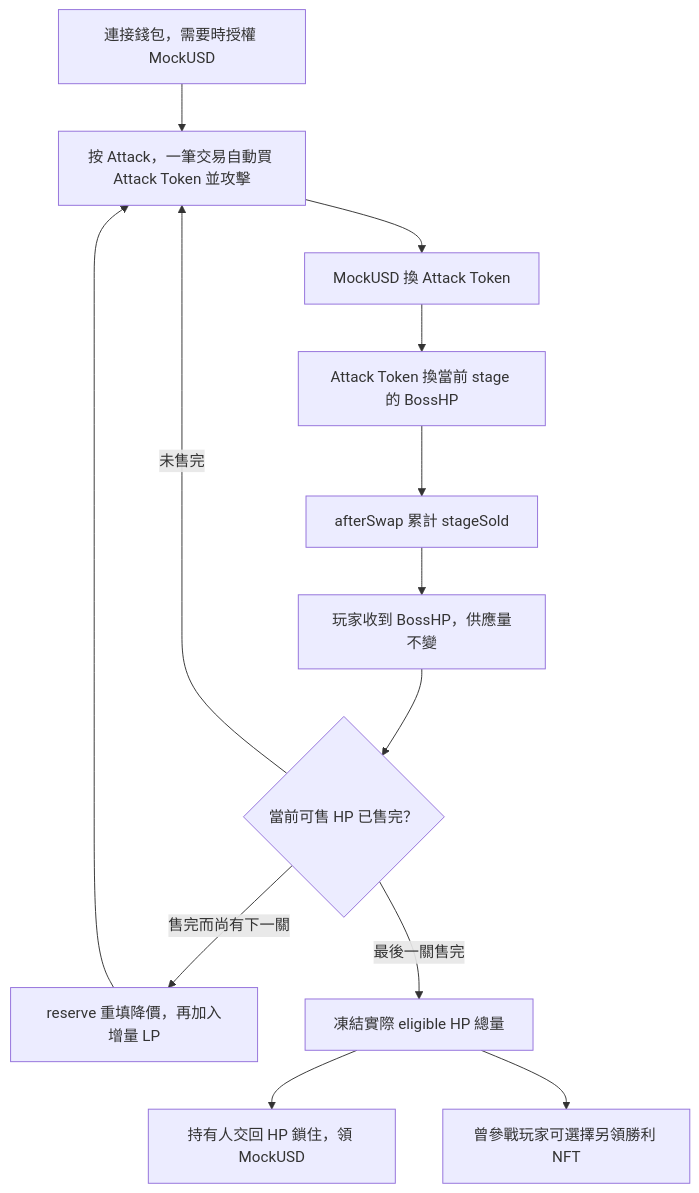
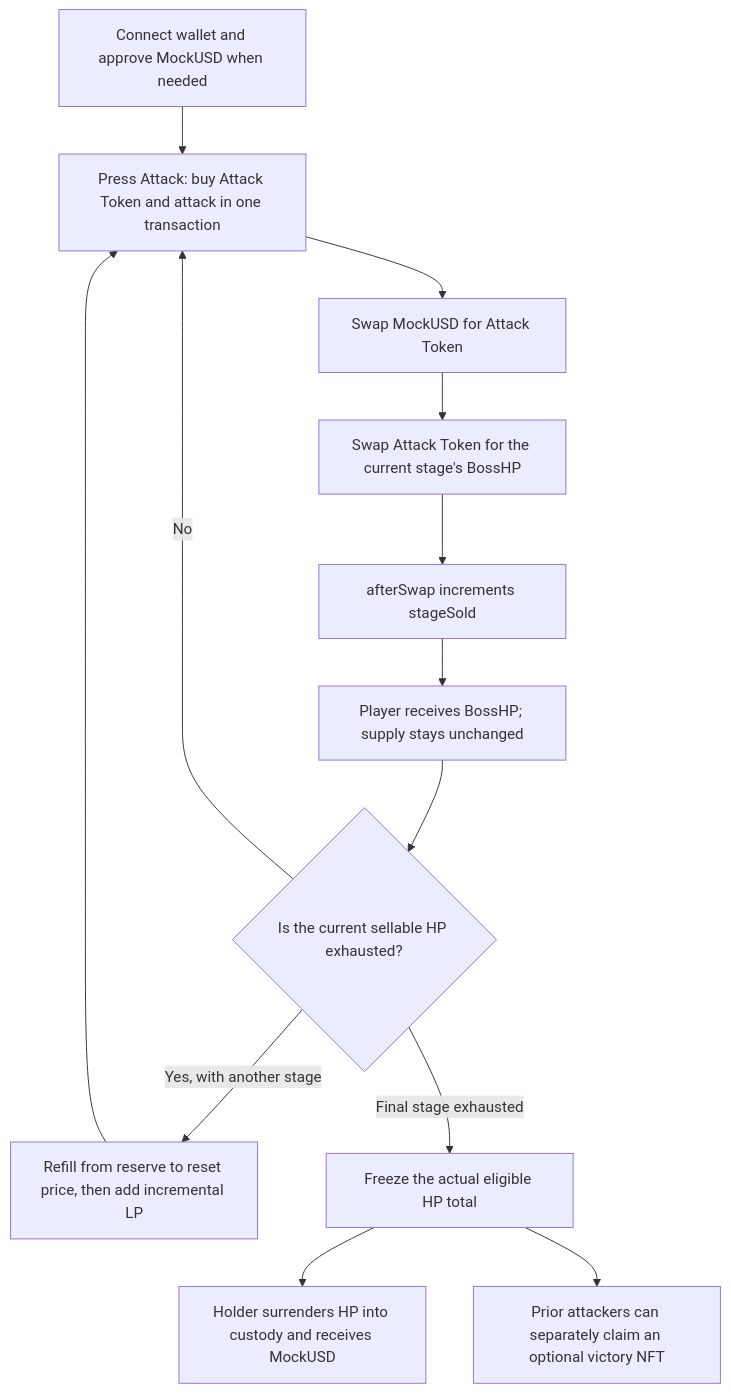
Before and after one commit to 0xroylee/eth-global-2026-tokyo: the second of 5 diagrams in docs/contract-game-diagrams.md, drawn with Mermaid. The commit also changed other lines of this file and 1 other file, not shown here.

````diff
--- a/docs/contract-game-diagrams.md
+++ b/docs/contract-game-diagrams.md
@@ -30,15 +30,15 @@
 ```mermaid
 flowchart TD
-    Entry["連接錢包，需要時授權 MockUSD"] --> Attack["按 Attack，一筆交易自動買 Attack Token 並攻擊"]
-    Attack --> Hop1["MockUSD 換 Attack Token"]
-    Hop1 --> Hop2["Attack Token 換當前 stage 的 BossHP"]
-    Hop2 --> Count["afterSwap 累計 stageSold"]
-    Count --> Receive["玩家收到 BossHP，供應量不變"]
-    Receive --> Check{"當前可售 HP 已售完？"}
-    Check -->|未售完| Attack
-    Check -->|售完而尚有下一關| Release["reserve 重填降價，再加入增量 LP"]
+    Entry["Connect wallet and approve MockUSD when needed"] --> Attack["Press Attack: buy Attack Token and attack in one transaction"]
+    Attack --> Hop1["Swap MockUSD for Attack Token"]
+    Hop1 --> Hop2["Swap Attack Token for the current stage's BossHP"]
+    Hop2 --> Count["afterSwap increments stageSold"]
+    Count --> Receive["Player receives BossHP; supply stays unchanged"]
+    Receive --> Check{"Is the current sellable HP exhausted?"}
+    Check -->|No| Attack
+    Check -->|Yes, with another stage| Release["Refill from reserve to reset price, then add incremental LP"]
     Release --> Attack
-    Check -->|最後一關售完| Victory["凍結實際 eligible HP 總量"]
-    Victory --> Claim["持有人交回 HP 鎖住，領 MockUSD"]
-    Victory --> NFT["曾參戰玩家可選擇另領勝利 NFT"]
+    Check -->|Final stage exhausted| Victory["Freeze the actual eligible HP total"]
+    Victory --> Claim["Holder surrenders HP into custody and receives MockUSD"]
+    Victory --> NFT["Prior attackers can separately claim an optional victory NFT"]
 ```
````
